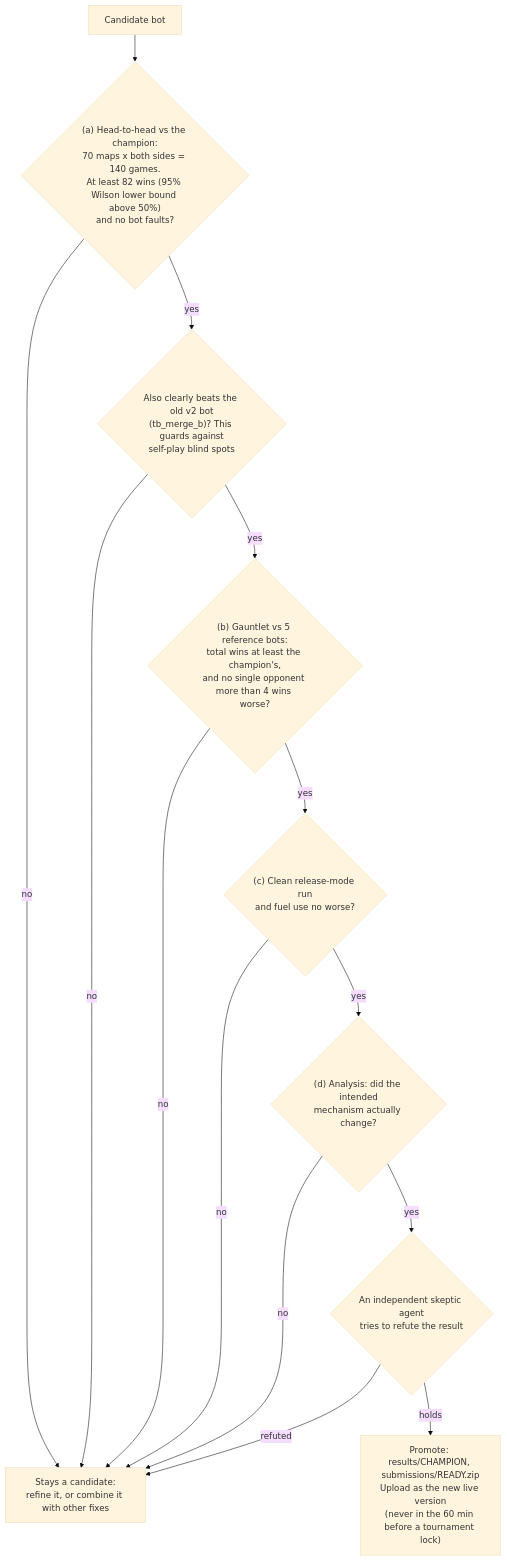
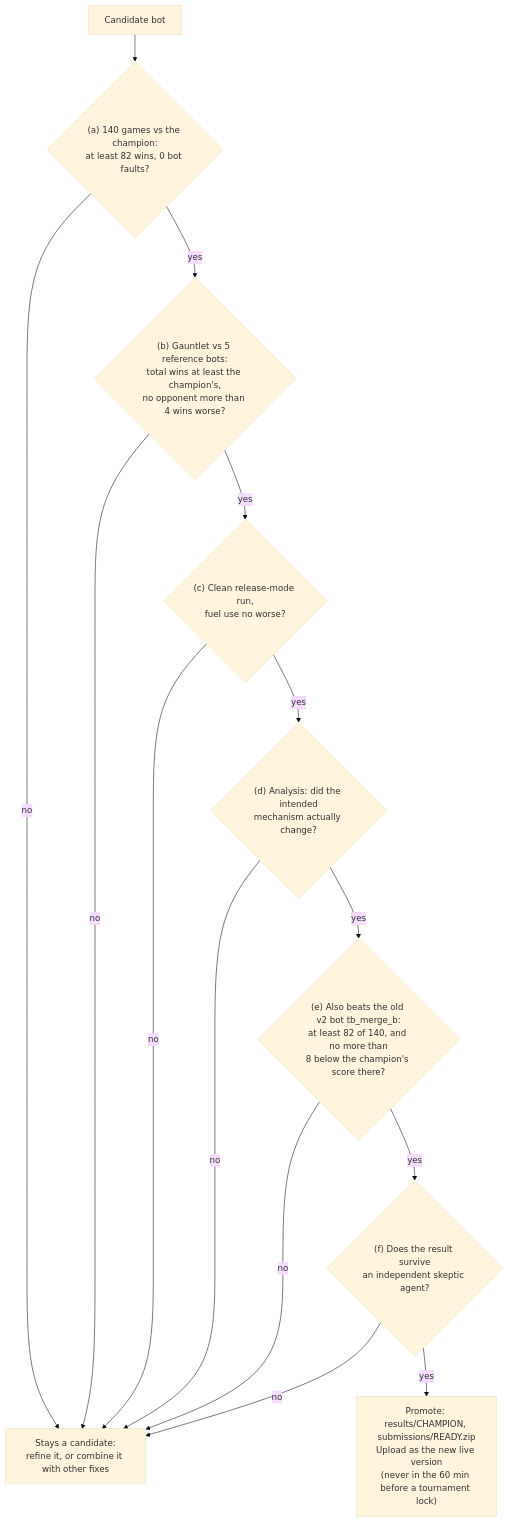
One commit to extremefattypunch/Cambridge-BattleCode-Turborecallers-2026 changed the third of 6 diagrams in README.md. Above: the diagram before and after it, drawn with Mermaid (base theme). The commit also changed other lines of this file and 18 other files, not shown here.

Commit message:
Apply the README/workflow review: gate steps (e) old-bot hedge and (f) skeptic in LOOP and README, pre-registered simulated notes (tools/new_sim_note.py), claimed scouting (unscouted.py --claim), safe and bounded organiser and indexes, diagram fixes

````diff
--- a/README.md
+++ b/README.md
@@ -66,16 +73,16 @@
 ```mermaid
 flowchart TD
-    C["Candidate bot"] --> A{"(a) Head-to-head vs the champion:<br/>70 maps x both sides = 140 games.<br/>At least 82 wins (95% Wilson lower bound above 50%)<br/>and no bot faults?"}
+    C["Candidate bot"] --> A{"(a) 140 games vs the champion:<br/>at least 82 wins, 0 bot faults?"}
     A -- no --> X["Stays a candidate:<br/>refine it, or combine it with other fixes"]
-    A -- yes --> H{"Also clearly beats the old v2 bot<br/>(tb_merge_b)? This guards against<br/>self-play blind spots"}
-    H -- no --> X
-    H -- yes --> B{"(b) Gauntlet vs 5 reference bots:<br/>total wins at least the champion's,<br/>and no single opponent more than 4 wins worse?"}
+    A -- yes --> B{"(b) Gauntlet vs 5 reference bots:<br/>total wins at least the champion's,<br/>no opponent more than 4 wins worse?"}
     B -- no --> X
-    B -- yes --> R{"(c) Clean release-mode run<br/>and fuel use no worse?"}
+    B -- yes --> R{"(c) Clean release-mode run,<br/>fuel use no worse?"}
     R -- no --> X
     R -- yes --> D{"(d) Analysis: did the intended<br/>mechanism actually change?"}
     D -- no --> X
-    D -- yes --> S{"An independent skeptic agent<br/>tries to refute the result"}
-    S -- refuted --> X
-    S -- holds --> P["Promote: results/CHAMPION, submissions/READY.zip<br/>Upload as the new live version<br/>(never in the 60 min before a tournament lock)"]
+    D -- yes --> H{"(e) Also beats the old v2 bot tb_merge_b:<br/>at least 82 of 140, and no more than<br/>8 below the champion's score there?"}
+    H -- no --> X
+    H -- yes --> S{"(f) Does the result survive<br/>an independent skeptic agent?"}
+    S -- no --> X
+    S -- yes --> P["Promote: results/CHAMPION, submissions/READY.zip<br/>Upload as the new live version<br/>(never in the 60 min before a tournament lock)"]
 ```
````
